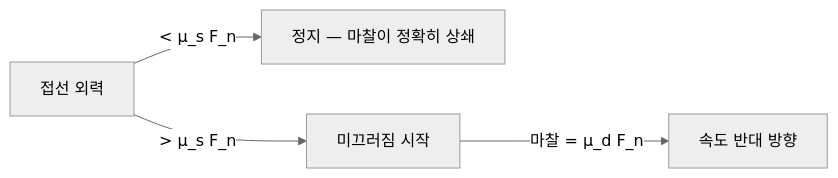
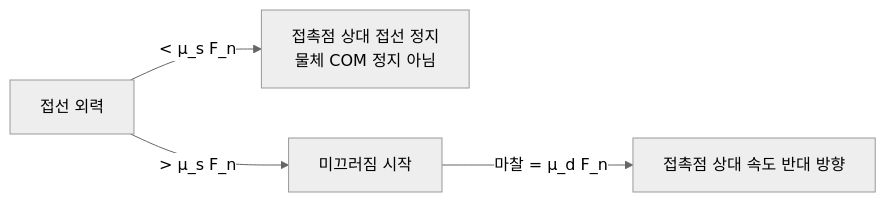
Before and after one commit to Rein-ArXiv/game-dev-curriculum: the first of 7 diagrams in physics/part09_friction_restitution.md, drawn with Mermaid (neutral theme). The commit also changed other lines of this file and 279 other files, not shown here.

````diff
--- a/physics/part09_friction_restitution.md
+++ b/physics/part09_friction_restitution.md
@@ -62,6 +62,6 @@
 ```mermaid
 flowchart LR
-    Force[접선 외력] -->|< μ_s F_n| Static[정지 — 마찰이 정확히 상쇄]
+    Force[접선 외력] -->|< μ_s F_n| Static[접촉점 상대 접선 정지<br/>물체 COM 정지 아님]
     Force -->|> μ_s F_n| Kinetic[미끄러짐 시작]
-    Kinetic -->|마찰 = μ_d F_n| Direction[속도 반대 방향]
+    Kinetic -->|마찰 = μ_d F_n| Direction[접촉점 상대 속도 반대 방향]
 ```
````
